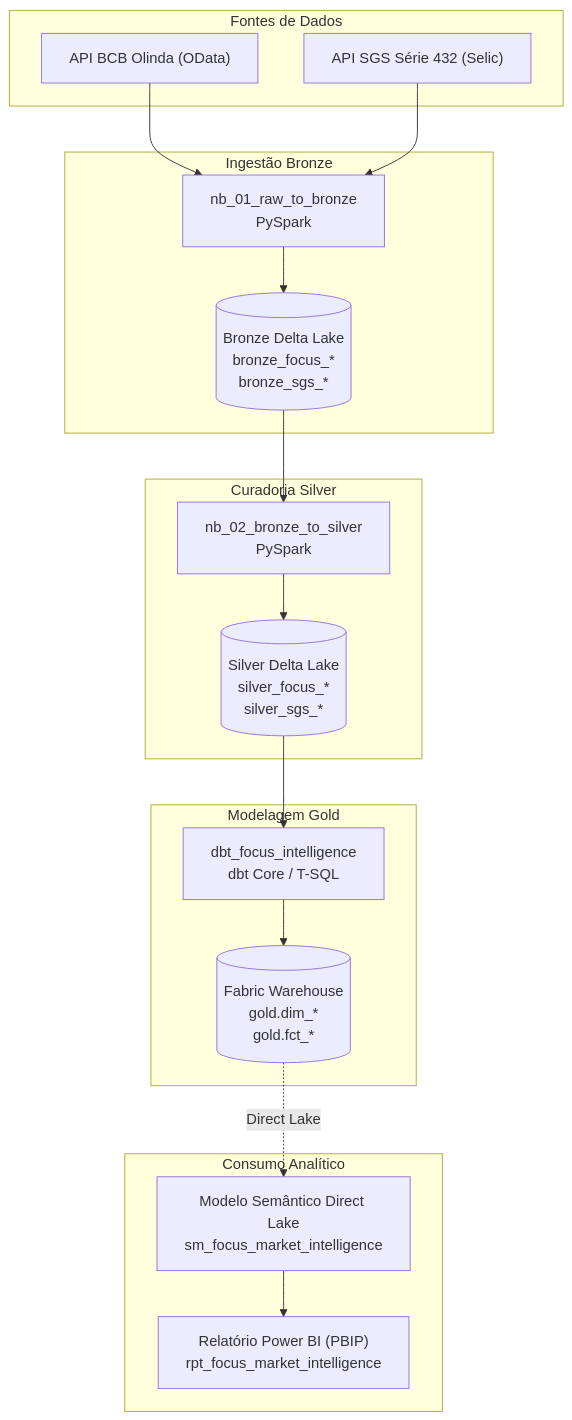
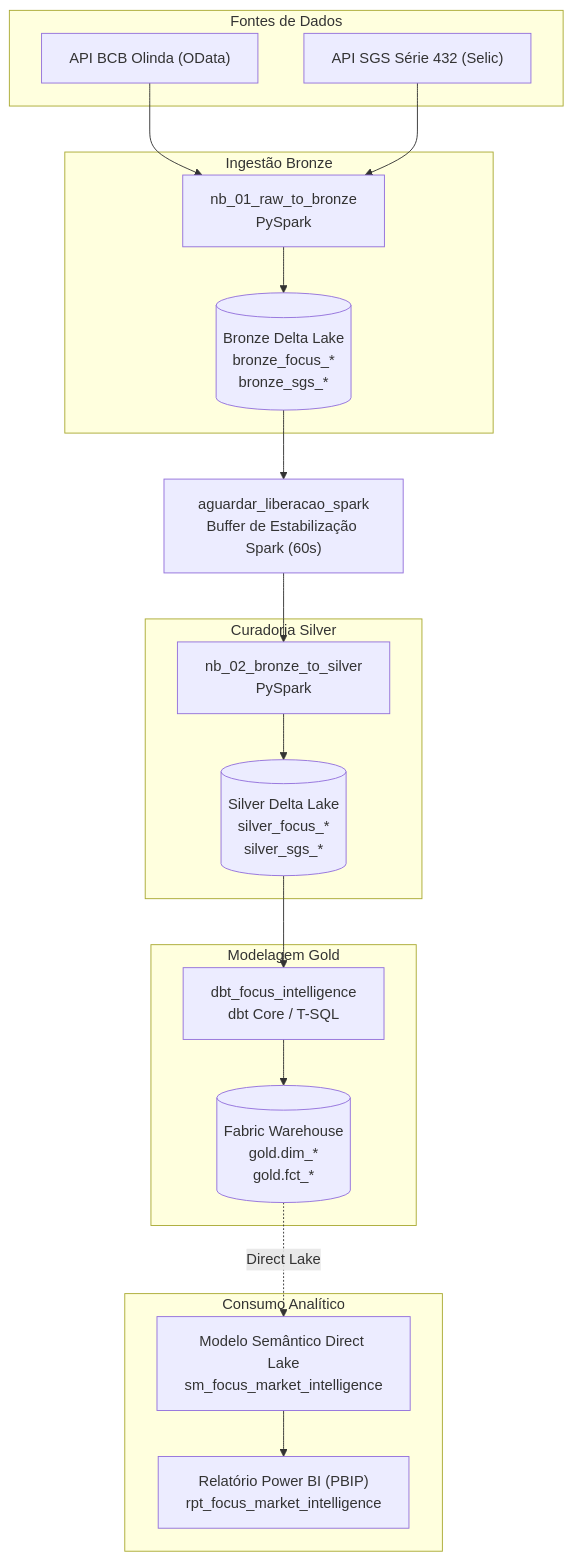
Before and after one commit to leoserpa/fabric-focus-market-intelligence: the diagram in docs/pt-br/referencia/dicionario-de-dados.md, drawn with Mermaid. The commit also changed 5 other files, not shown here.

Commit message:
docs: update mermaid architecture diagrams with spark stabilization wait activity

````diff
--- a/docs/pt-br/referencia/dicionario-de-dados.md
+++ b/docs/pt-br/referencia/dicionario-de-dados.md
@@ -9,37 +9,38 @@
 ```mermaid
 flowchart TD
     subgraph Fontes ["Fontes de Dados"]
         API1["API BCB Olinda (OData)"]
         API2["API SGS Série 432 (Selic)"]
     end
 
     subgraph Ingestao ["Ingestão Bronze"]
         NB1["nb_01_raw_to_bronze<br/>PySpark"]
         BRONZE[("Bronze Delta Lake<br/>bronze_focus_*<br/>bronze_sgs_*")]
     end
 
     subgraph Tratamento ["Curadoria Silver"]
         NB2["nb_02_bronze_to_silver<br/>PySpark"]
         SILVER[("Silver Delta Lake<br/>silver_focus_*<br/>silver_sgs_*")]
     end
 
     subgraph Modelagem ["Modelagem Gold"]
         DBT["dbt_focus_intelligence<br/>dbt Core / T-SQL"]
         GOLD[("Fabric Warehouse<br/>gold.dim_*<br/>gold.fct_*")]
     end
 
     subgraph Consumo ["Consumo Analítico"]
         SM["Modelo Semântico Direct Lake<br/>sm_focus_market_intelligence"]
         RPT["Relatório Power BI (PBIP)<br/>rpt_focus_market_intelligence"]
     end
 
     API1 --> NB1
     API2 --> NB1
     NB1 --> BRONZE
-    BRONZE --> NB2
+    BRONZE --> WAIT["aguardar_liberacao_spark<br/>Buffer de Estabilização Spark (60s)"]
+    WAIT --> NB2
     NB2 --> SILVER
     SILVER --> DBT
     DBT --> GOLD
     GOLD -.->|Direct Lake| SM
     SM --> RPT
 ```
````
